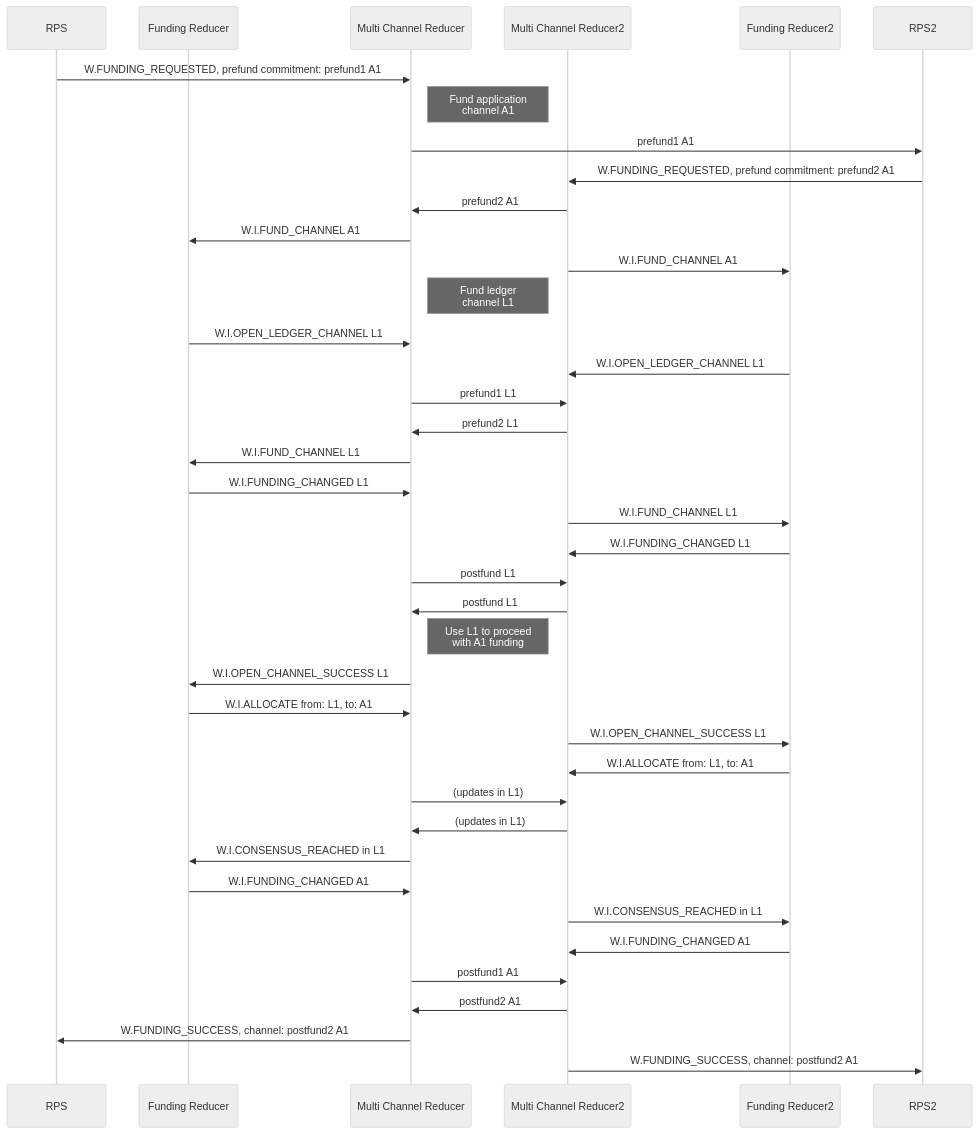
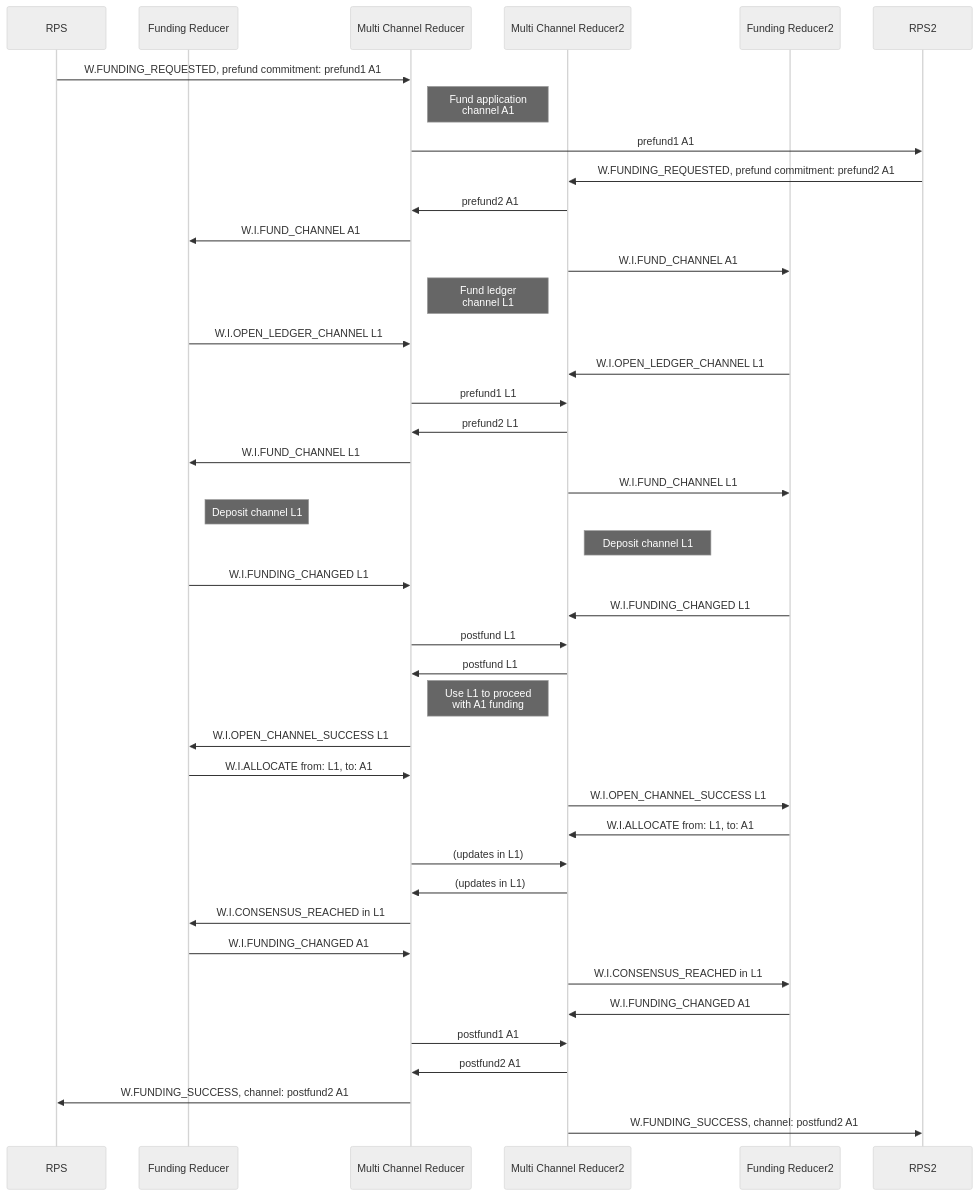
The diagram in packages/wallet/notes/channel_opening.md (magmo/apps), drawn with Mermaid (neutral theme) before and after one commit.

Commit message:
Add note about deposits to channel_opening diagram

````diff
--- a/packages/wallet/notes/channel_opening.md
+++ b/packages/wallet/notes/channel_opening.md
@@ -3,46 +3,48 @@
 ```mermaid
 sequenceDiagram
     participant R1 as RPS
     participant F1 as Funding Reducer
     participant C1 as Multi Channel Reducer
     participant C2 as Multi Channel Reducer2
     participant F2 as Funding Reducer2
     participant R2 as RPS2
 
     R1->>C1: W.FUNDING_REQUESTED, prefund commitment: prefund1 A1
 
     Note right of C1: Fund application <br> channel A1
     C1->>R2: prefund1 A1
     R2->>C2: W.FUNDING_REQUESTED, prefund commitment: prefund2 A1
     C2->>C1: prefund2 A1
     C1->>F1: W.I.FUND_CHANNEL A1
     C2->>F2: W.I.FUND_CHANNEL A1
 
     Note right of C1: Fund ledger <br> channel L1
     F1->>C1: W.I.OPEN_LEDGER_CHANNEL L1
     F2->>C2: W.I.OPEN_LEDGER_CHANNEL L1
     C1->>C2: prefund1 L1
     C2->>C1: prefund2 L1
     C1->>F1: W.I.FUND_CHANNEL L1
+    C2->>F2: W.I.FUND_CHANNEL L1
+    Note right of F1: Deposit channel L1
+    Note right of C2: Deposit channel L1
     F1->>C1: W.I.FUNDING_CHANGED L1
-    C2->>F2: W.I.FUND_CHANNEL L1
     F2->>C2: W.I.FUNDING_CHANGED L1
     C1->>C2: postfund L1
     C2->>C1: postfund L1
 
     Note right of C1: Use L1 to proceed <br> with A1 funding
     C1->>F1: W.I.OPEN_CHANNEL_SUCCESS L1
     F1->>C1: W.I.ALLOCATE from: L1, to: A1
     C2->>F2: W.I.OPEN_CHANNEL_SUCCESS L1
     F2->>C2: W.I.ALLOCATE from: L1, to: A1
     C1->>C2: (updates in L1)
     C2->>C1: (updates in L1)
     C1->>F1: W.I.CONSENSUS_REACHED in L1
     F1->>C1: W.I.FUNDING_CHANGED A1
     C2->>F2: W.I.CONSENSUS_REACHED in L1
     F2->>C2: W.I.FUNDING_CHANGED A1
     C1->>C2: postfund1 A1
     C2->>C1: postfund2 A1
     C1->>R1: W.FUNDING_SUCCESS, channel: postfund2 A1
     C2->>R2: W.FUNDING_SUCCESS, channel: postfund2 A1
 ```
````
